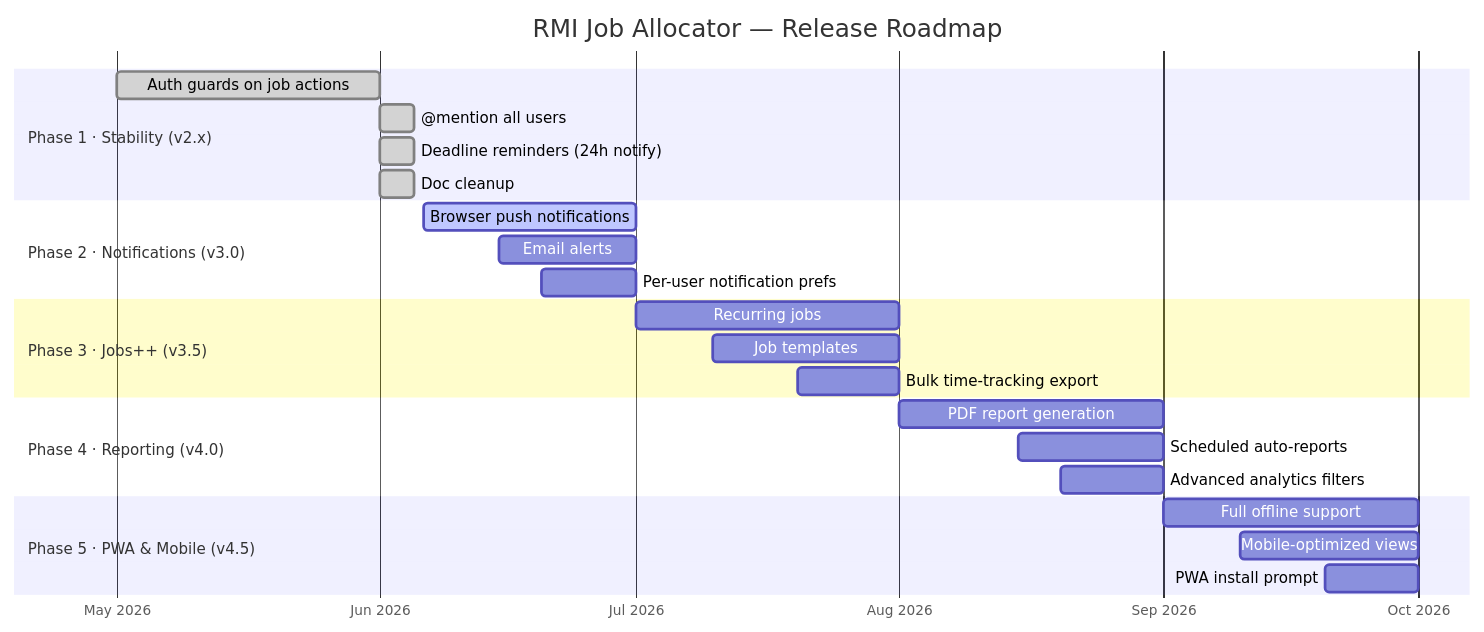
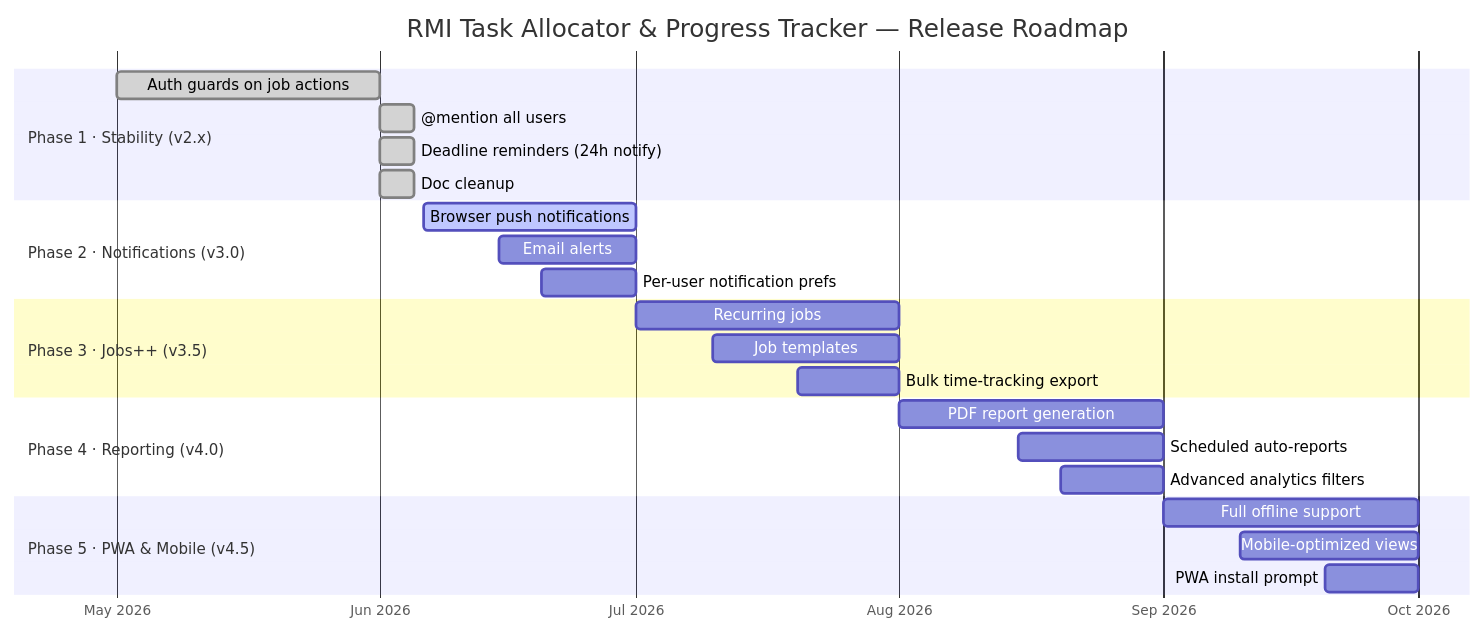
One commit to abdullahtalsayed/RMI-Task-Allocator-Project changed the first of 2 diagrams in README.md. Above: the diagram before and after it, drawn with Mermaid. The commit also changed other lines of this file and 3 other files, not shown here.

Commit message:
fix: rename app to RMI Task Allocator & Progress Tracker across all files

````diff
--- a/README.md
+++ b/README.md
@@ -74,32 +74,32 @@
 ```mermaid
 gantt
-    title RMI Job Allocator — Release Roadmap
+    title RMI Task Allocator & Progress Tracker — Release Roadmap
     dateFormat  YYYY-MM-DD
     axisFormat  %b %Y
 
     section Phase 1 · Stability (v2.x)
     Auth guards on job actions         :done,    p1a, 2026-05-01, 2026-06-01
     @mention all users                 :done,    p1b, 2026-06-01, 2026-06-05
     Deadline reminders (24h notify)    :done,    p1c, 2026-06-01, 2026-06-05
     Doc cleanup                        :done,    p1d, 2026-06-01, 2026-06-05
 
     section Phase 2 · Notifications (v3.0)
     Browser push notifications         :active,  p2a, 2026-06-06, 2026-07-01
     Email alerts                       :         p2b, 2026-06-15, 2026-07-01
     Per-user notification prefs        :         p2c, 2026-06-20, 2026-07-01
 
     section Phase 3 · Jobs++ (v3.5)
     Recurring jobs                     :         p3a, 2026-07-01, 2026-08-01
     Job templates                      :         p3b, 2026-07-10, 2026-08-01
     Bulk time-tracking export          :         p3c, 2026-07-20, 2026-08-01
 
     section Phase 4 · Reporting (v4.0)
     PDF report generation              :         p4a, 2026-08-01, 2026-09-01
     Scheduled auto-reports             :         p4b, 2026-08-15, 2026-09-01
     Advanced analytics filters         :         p4c, 2026-08-20, 2026-09-01
 
     section Phase 5 · PWA & Mobile (v4.5)
     Full offline support               :         p5a, 2026-09-01, 2026-10-01
     Mobile-optimized views             :         p5b, 2026-09-10, 2026-10-01
     PWA install prompt                 :         p5c, 2026-09-20, 2026-10-01
 ```
````
